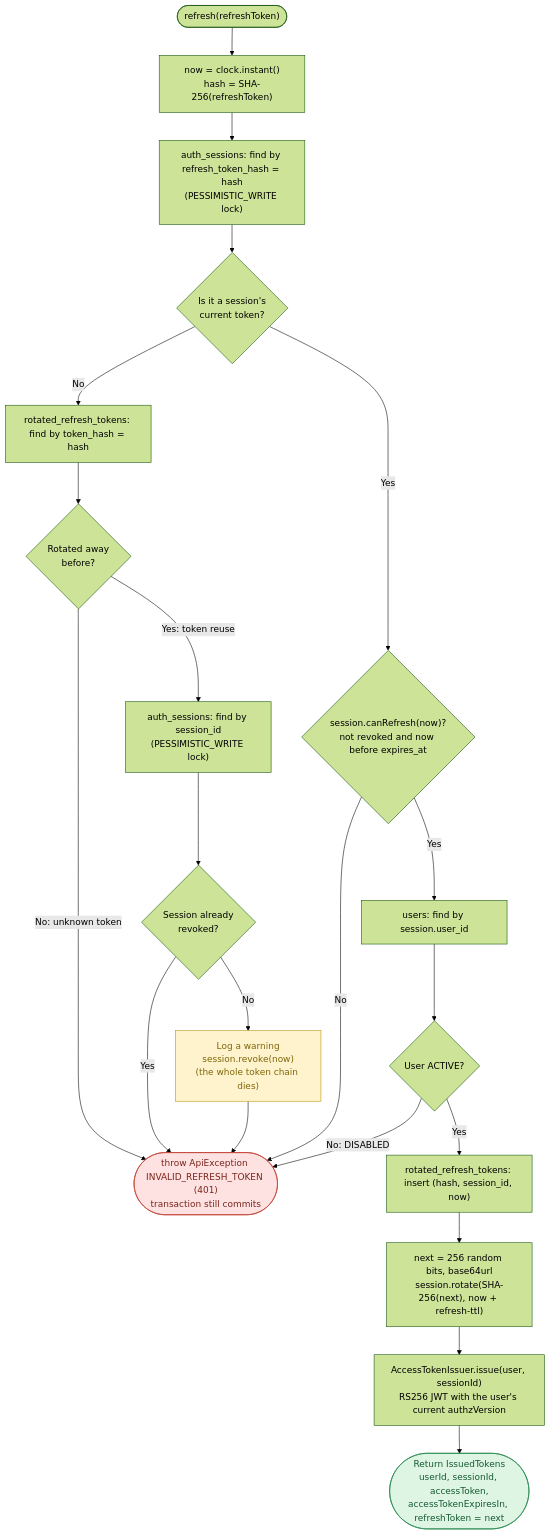
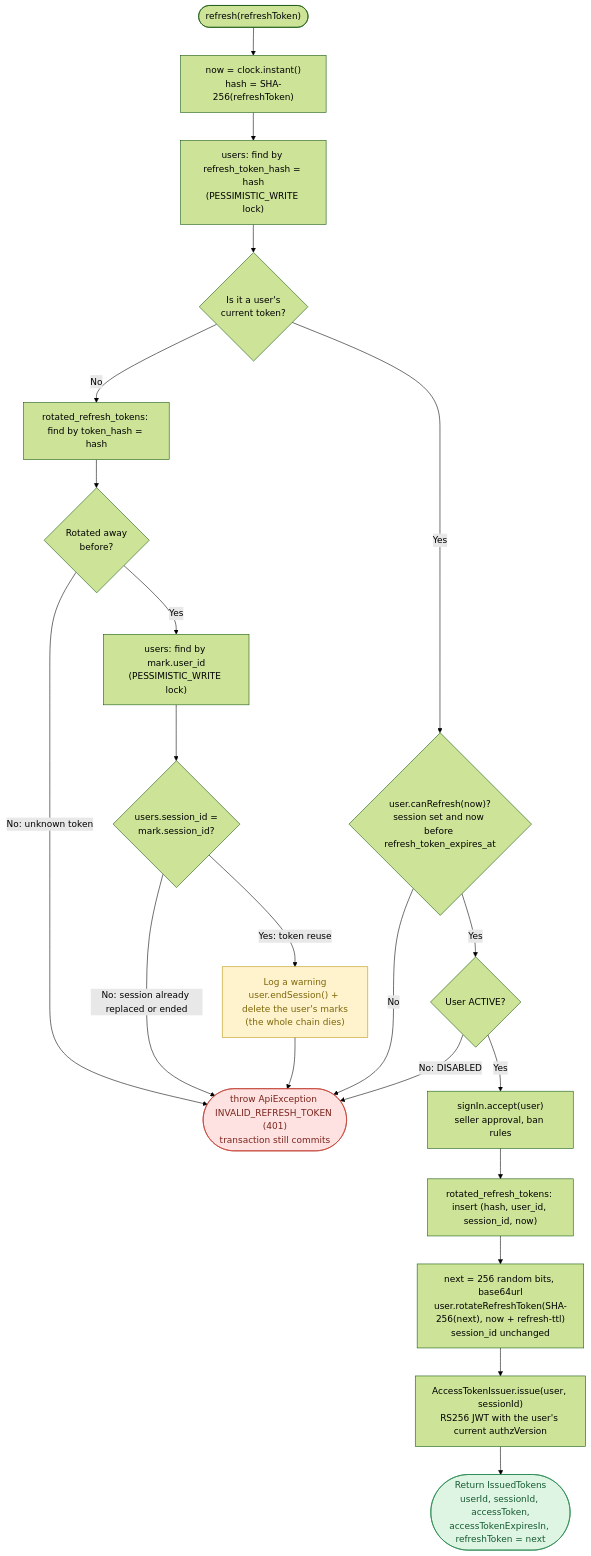
The diagram in identity-service/identity_service_session_service_flowgraph.md (quanpm2008/ecommerce), drawn with Mermaid (forest theme) before and after one commit. The commit also changed other lines of this file and 21 other files, not shown here.

First line of the commit message:
refactor(identity): one refresh session on User, drop auth_sessions (GAP-IDN-005)

````diff
--- a/identity-service/identity_service_session_service_flowgraph.md
+++ b/identity-service/identity_service_session_service_flowgraph.md
@@ -9,36 +7,36 @@
 ```mermaid
 flowchart TD
     start(["refresh(refreshToken)"]) --> hash["now = clock.instant()<br/>hash = SHA-256(refreshToken)"]
-    hash --> findCurrent["auth_sessions: find by refresh_token_hash = hash<br/>(PESSIMISTIC_WRITE lock)"]
-    findCurrent --> isCurrent{"Is it a session's<br/>current token?"}
+    hash --> findCurrent["users: find by refresh_token_hash = hash<br/>(PESSIMISTIC_WRITE lock)"]
+    findCurrent --> isCurrent{"Is it a user's<br/>current token?"}
 
     %% Not current: unknown token or an already rotated one
     isCurrent -- No --> findRotated["rotated_refresh_tokens: find by token_hash = hash"]
     findRotated --> wasRotated{"Rotated away<br/>before?"}
     wasRotated -- "No: unknown token" --> invalid
-    wasRotated -- "Yes: token reuse" --> lockSession["auth_sessions: find by session_id<br/>(PESSIMISTIC_WRITE lock)"]
-    lockSession --> alreadyRevoked{"Session already<br/>revoked?"}
-    alreadyRevoked -- Yes --> invalid
-    alreadyRevoked -- No --> revoke["Log a warning<br/>session.revoke(now)<br/>(the whole token chain dies)"]
+    wasRotated -- "Yes" --> lockUser["users: find by mark.user_id<br/>(PESSIMISTIC_WRITE lock)"]
+    lockUser --> sameSession{"users.session_id =<br/>mark.session_id?"}
+    sameSession -- "No: session already replaced or ended" --> invalid
+    sameSession -- "Yes: token reuse" --> revoke["Log a warning<br/>user.endSession() + delete the user's marks<br/>(the whole chain dies)"]
     revoke --> invalid
 
     %% Current token: check session and user, then rotate
-    isCurrent -- Yes --> canRefresh{"session.canRefresh(now)?<br/>not revoked and now before expires_at"}
+    isCurrent -- Yes --> canRefresh{"user.canRefresh(now)?<br/>session set and now before refresh_token_expires_at"}
     canRefresh -- No --> invalid
-    canRefresh -- Yes --> loadUser["users: find by session.user_id"]
-    loadUser --> active{"User ACTIVE?"}
+    canRefresh -- Yes --> active{"User ACTIVE?"}
     active -- "No: DISABLED" --> invalid
-    active -- Yes --> keepOld["rotated_refresh_tokens: insert (hash, session_id, now)"]
-    keepOld --> rotate["next = 256 random bits, base64url<br/>session.rotate(SHA-256(next), now + refresh-ttl)"]
+    active -- Yes --> signIn["signIn.accept(user)<br/>seller approval, ban rules"]
+    signIn --> keepOld["rotated_refresh_tokens: insert (hash, user_id, session_id, now)"]
+    keepOld --> rotate["next = 256 random bits, base64url<br/>user.rotateRefreshToken(SHA-256(next), now + refresh-ttl)<br/>session_id unchanged"]
     rotate --> issue["AccessTokenIssuer.issue(user, sessionId)<br/>RS256 JWT with the user's current authzVersion"]
     issue --> ok(["Return IssuedTokens<br/>userId, sessionId, accessToken,<br/>accessTokenExpiresIn, refreshToken = next"])
 
     invalid(["throw ApiException INVALID_REFRESH_TOKEN (401)<br/>transaction still commits"])
 
     classDef fail fill:#fde2e1,stroke:#c0392b,color:#7b241c
     classDef success fill:#dff5e3,stroke:#1e8449,color:#145a32
     classDef danger fill:#fff3cd,stroke:#b7950b,color:#7d6608
     class invalid fail
     class ok success
     class revoke danger
 ```
````
